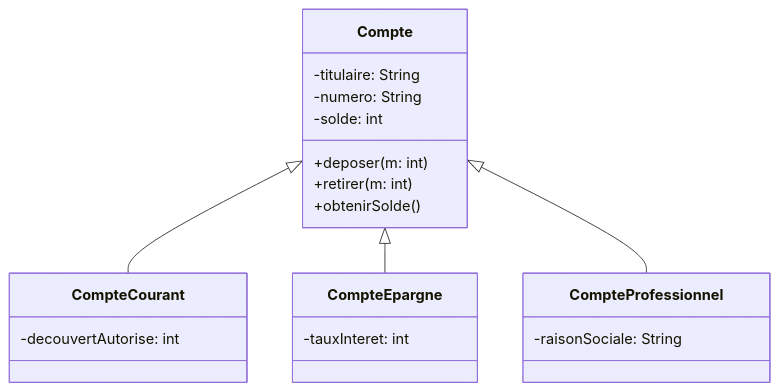
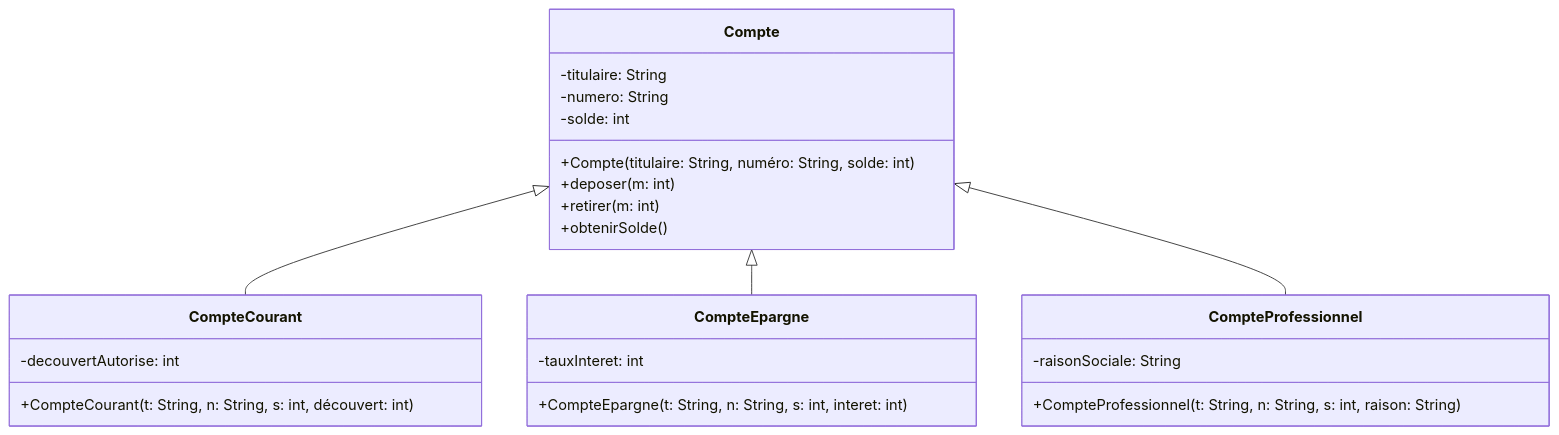
Before and after one commit to AlexDmr/l3m-2026-2027-apo: the second of 5 diagrams in Cours/Heritage/intro.md, drawn with Mermaid.

Commit message:
update Cours/Heritage/intro.md from ptf-ens

````diff
--- a/Cours/Heritage/intro.md
+++ b/Cours/Heritage/intro.md
@@ -60,27 +60,31 @@
 ```mermaid
 classDiagram
     class Compte {
         -titulaire: String
         -numero: String
         -solde: int
+        +Compte(titulaire: String, numéro: String, solde: int)
         +deposer(m: int)
         +retirer(m: int)
         +obtenirSolde()
     }
     
     class CompteCourant {
         -decouvertAutorise: int
+        +CompteCourant(t: String, n: String, s: int, découvert: int)
     }
     
     class CompteEpargne {
         -tauxInteret: int
+        +CompteEpargne(t: String, n: String, s: int, interet: int)
     }
     
     class CompteProfessionnel {
         -raisonSociale: String
+        +CompteProfessionnel(t: String, n: String, s: int, raison: String)
     }
     
     Compte <|-- CompteCourant
     Compte <|-- CompteEpargne
     Compte <|-- CompteProfessionnel
 ```
````
